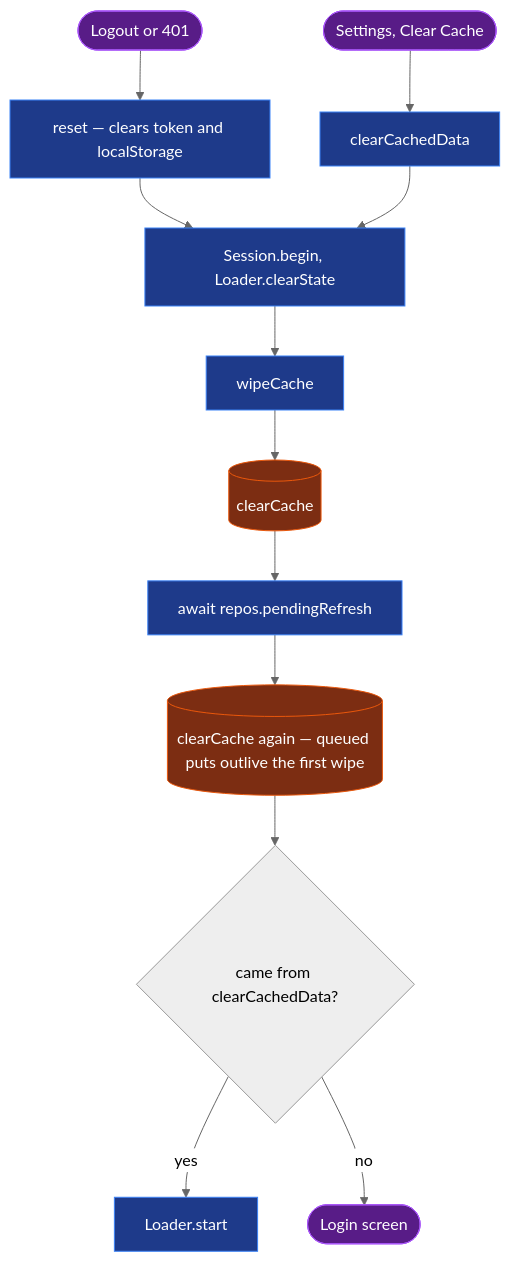
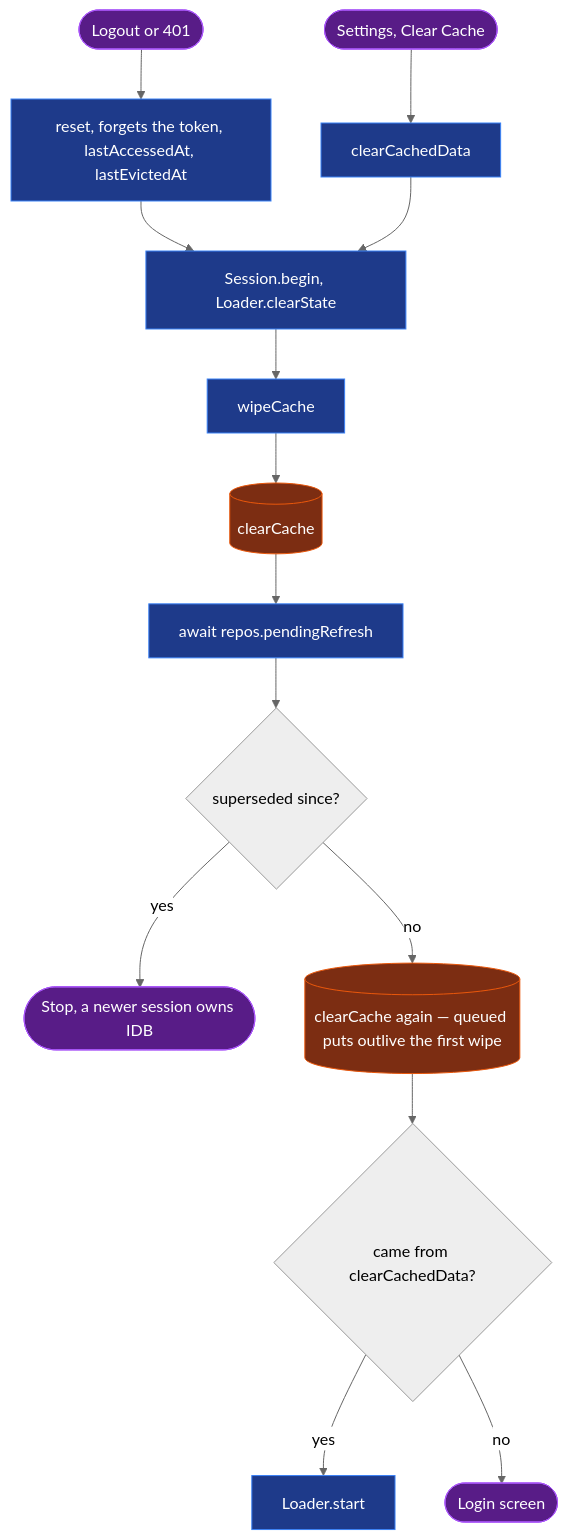
One commit to KieranP/Github-Releases-Feed changed the second of 2 diagrams in IMPLEMENTATION.md. Above: the diagram before and after it, drawn with Mermaid (neutral theme). The commit also changed other lines of this file and 14 other files, not shown here.

First line of the commit message:
Clear stuck note spinners, submit login on Enter, trim the token

````diff
--- a/IMPLEMENTATION.md
+++ b/IMPLEMENTATION.md
@@ -138,18 +140,20 @@
 ```mermaid
 flowchart TD
   classDef fn fill:#1e3a8a,stroke:#3b82f6,color:#fff
   classDef io fill:#7c2d12,stroke:#ea580c,color:#fff
   classDef ext fill:#581c87,stroke:#a855f7,color:#fff
 
-  Logout([Logout or 401]):::ext --> resetFn["reset — clears token and localStorage"]:::fn
+  Logout([Logout or 401]):::ext --> resetFn["reset, forgets the token, lastAccessedAt, lastEvictedAt"]:::fn
   ClearBtn([Settings, Clear Cache]):::ext --> clearFn["clearCachedData"]:::fn
   resetFn --> bump["Session.begin, Loader.clearState"]:::fn
   clearFn --> bump
   bump --> wipeCache["wipeCache"]:::fn
   wipeCache --> clear1[("clearCache")]:::io
   clear1 --> awaitChain["await repos.pendingRefresh"]:::fn
-  awaitChain --> clear2[("clearCache again — queued puts outlive the first wipe")]:::io
+  awaitChain --> superseded{"superseded since?"}
+  superseded -->|yes| Stop([Stop, a newer session owns IDB]):::ext
+  superseded -->|no| clear2[("clearCache again — queued puts outlive the first wipe")]:::io
   clear2 --> restart{"came from clearCachedData?"}
   restart -->|yes| startAgain["Loader.start"]:::fn
   restart -->|no| Idle([Login screen]):::ext
 ```
````
